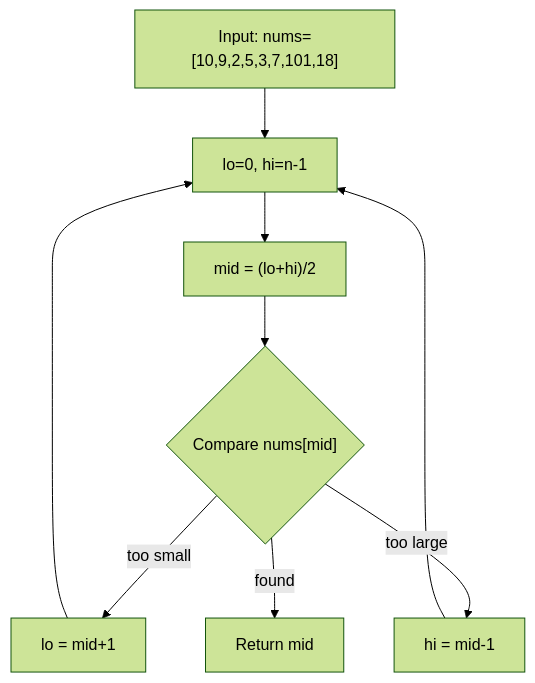
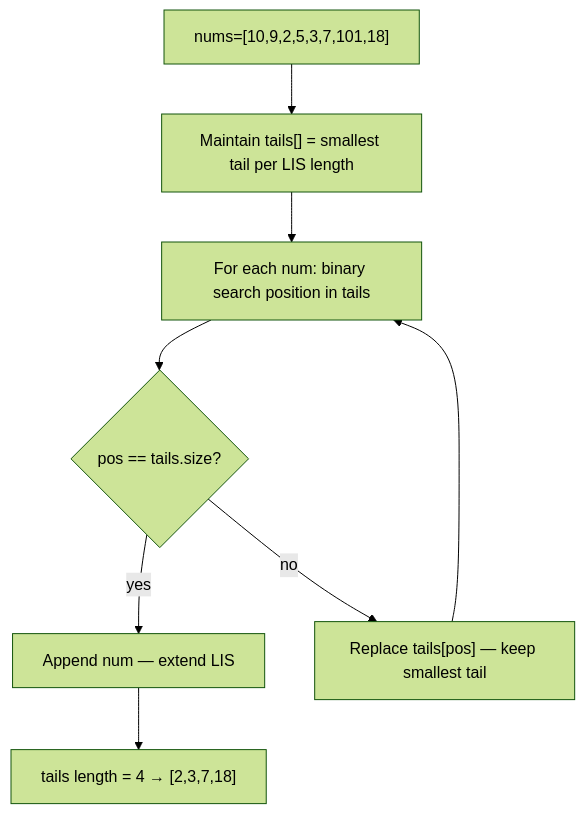
Before and after one commit to Strangedip/PREP: the second of 7 diagrams in 02_DSA/13_Dynamic_Programming/LongestIncreasingSubsequence/LongestIncreasingSubsequence.md, drawn with Mermaid (forest theme). The commit also changed other lines of this file and 55 other files, not shown here.

````diff
--- a/02_DSA/13_Dynamic_Programming/LongestIncreasingSubsequence/LongestIncreasingSubsequence.md
+++ b/02_DSA/13_Dynamic_Programming/LongestIncreasingSubsequence/LongestIncreasingSubsequence.md
@@ -79,12 +79,11 @@
 ```mermaid
 flowchart TD
-    START["Input: nums=[10,9,2,5,3,7,101,18]"]
-    START --> BOUNDS["lo=0, hi=n-1"]
-    BOUNDS --> MID["mid = (lo+hi)/2"]
-    MID --> CMP{"Compare nums[mid]"}
-    CMP -->|too small| LO["lo = mid+1"]
-    CMP -->|too large| HI["hi = mid-1"]
-    CMP -->|found| DONE["Return mid"]
-    LO --> BOUNDS
-    HI --> BOUNDS
+    START["nums=[10,9,2,5,3,7,101,18]"]
+    START --> TAILS["Maintain tails[] = smallest tail per LIS length"]
+    TAILS --> NEXT["For each num: binary search position in tails"]
+    NEXT --> EXTEND{"pos == tails.size?"}
+    EXTEND -->|yes| ADD["Append num — extend LIS"]
+    EXTEND -->|no| REPLACE["Replace tails[pos] — keep smallest tail"]
+    ADD --> RESULT["tails length = 4 → [2,3,7,18]"]
+    REPLACE --> NEXT
 ```
````
